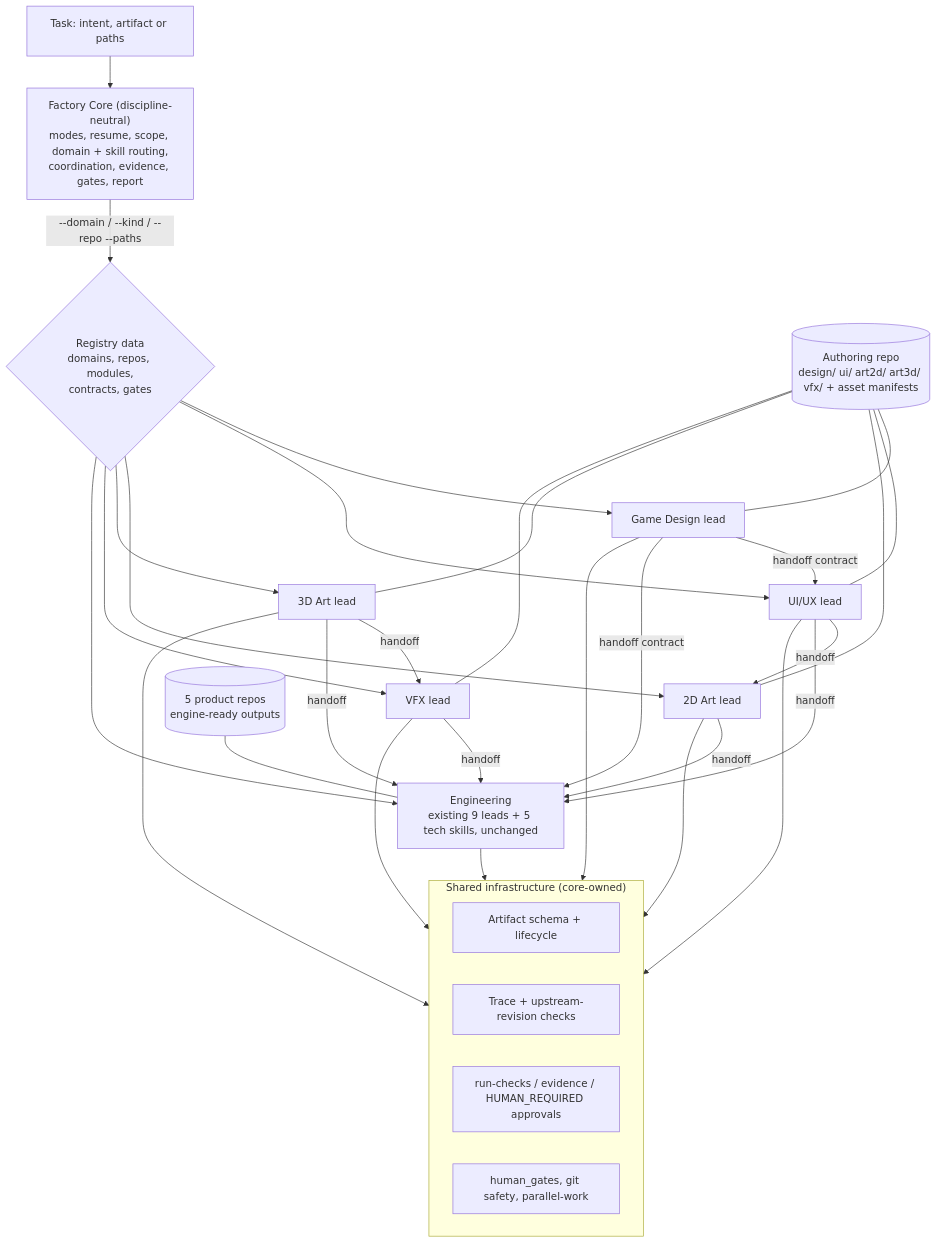
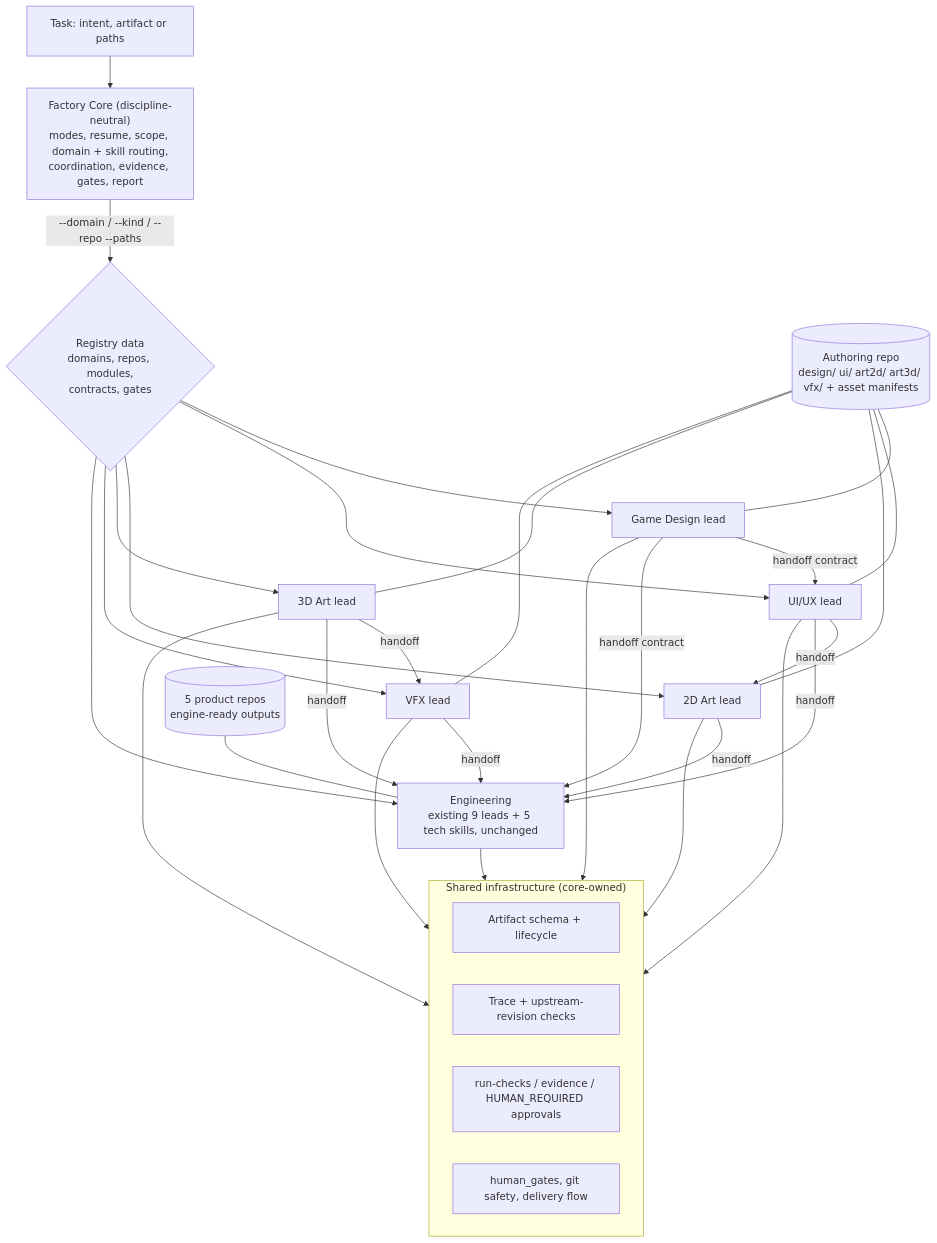
Before and after one commit to Cuvara/rpg-factory: the first of 2 diagrams in docs/architecture/multi-discipline-factory.md, drawn with Mermaid. The commit also changed other lines of this file and 8 other files, not shown here.

````diff
--- a/docs/architecture/multi-discipline-factory.md
+++ b/docs/architecture/multi-discipline-factory.md
@@ -92,28 +92,28 @@
 ```mermaid
 graph TD
   U["Task: intent, artifact or paths"] --> FC["Factory Core (discipline-neutral)<br/>modes, resume, scope, domain + skill routing,<br/>coordination, evidence, gates, report"]
   FC -->|"--domain / --kind / --repo --paths"| R{"Registry data<br/>domains, repos, modules,<br/>contracts, gates"}
   R --> GD["Game Design lead"]
   R --> UX["UI/UX lead"]
   R --> A2["2D Art lead"]
   R --> A3["3D Art lead"]
   R --> VX["VFX lead"]
   R --> EN["Engineering<br/>existing 9 leads + 5 tech skills, unchanged"]
   GD -- "handoff contract" --> UX
   GD -- "handoff contract" --> EN
   UX -- "handoff" --> A2
   UX -- "handoff" --> EN
   A3 -- "handoff" --> VX
   A3 -- "handoff" --> EN
   A2 -- "handoff" --> EN
   VX -- "handoff" --> EN
   subgraph SI["Shared infrastructure (core-owned)"]
     AS["Artifact schema + lifecycle"]
     TR["Trace + upstream-revision checks"]
     EV["run-checks / evidence / HUMAN_REQUIRED approvals"]
-    GS["human_gates, git safety, parallel-work"]
+    GS["human_gates, git safety, delivery flow"]
   end
   GD & UX & A2 & A3 & VX & EN --> SI
   AR[("Authoring repo<br/>design/ ui/ art2d/ art3d/ vfx/ + asset manifests")] --- GD & UX & A2 & A3 & VX
   PR[("5 product repos<br/>engine-ready outputs")] --- EN
 ```
````
